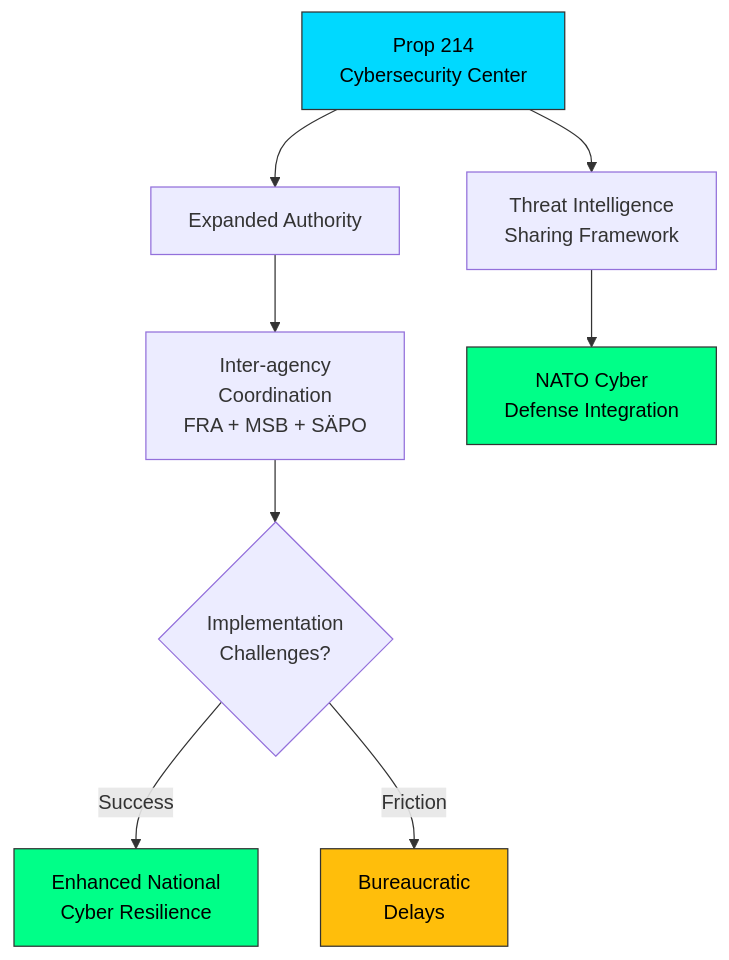
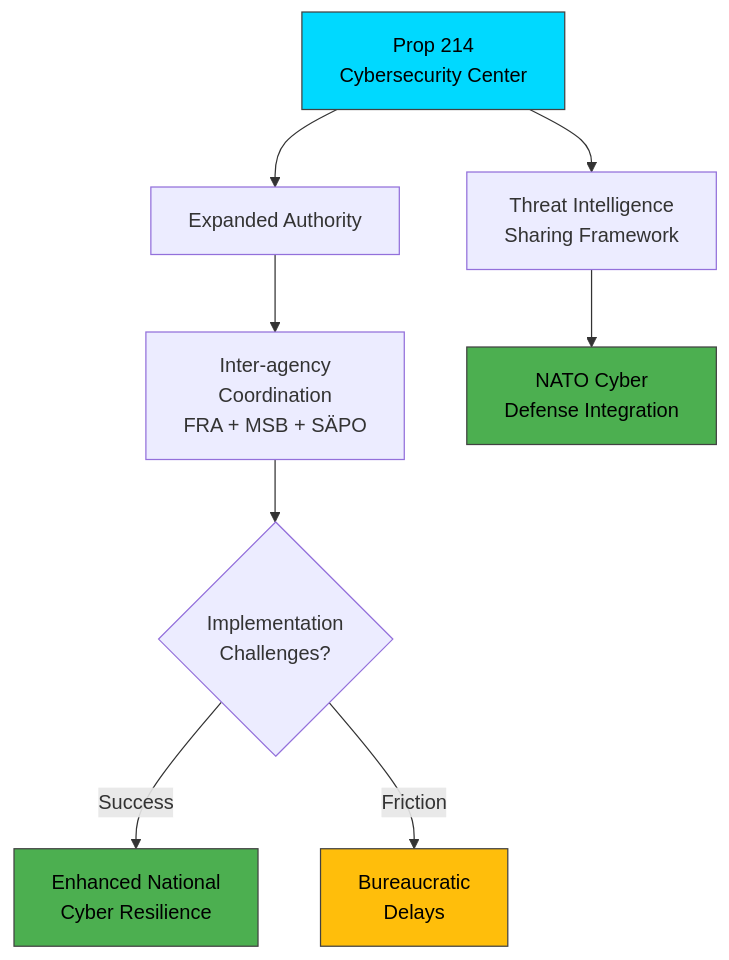
The diagram in analysis/daily/2026-04-03/realtime-2200/documents/HD03214-analysis.md (Hack23/riksdagsmonitor), drawn with Mermaid before and after one commit. The commit also changed 785 other files, not shown here.

First line of the commit message:
Normalize mermaid colors across 786 analysis artifacts to ISMS Style Guide palette

````diff
--- a/analysis/daily/2026-04-03/realtime-2200/documents/HD03214-analysis.md
+++ b/analysis/daily/2026-04-03/realtime-2200/documents/HD03214-analysis.md
@@ -60,15 +60,15 @@
 ```mermaid
 flowchart TD
     A["Prop 214<br/>Cybersecurity Center"] --> B["Expanded Authority"]
     A --> C["Threat Intelligence<br/>Sharing Framework"]
     B --> D["Inter-agency<br/>Coordination<br/>FRA + MSB + SÄPO"]
     C --> E["NATO Cyber<br/>Defense Integration"]
     D --> F{"Implementation<br/>Challenges?"}
     F -->|"Success"| G["Enhanced National<br/>Cyber Resilience"]
     F -->|"Friction"| H["Bureaucratic<br/>Delays"]
     
-    style A fill:#00d9ff,stroke:#333,color:#000
-    style E fill:#00ff88,stroke:#333,color:#000
-    style G fill:#00ff88,stroke:#333,color:#000
-    style H fill:#ffbe0b,stroke:#333,color:#000
+    style A fill:#00d9ff,stroke:#424242,color:#000000
+    style E fill:#4CAF50,stroke:#424242,color:#000000
+    style G fill:#4CAF50,stroke:#424242,color:#000000
+    style H fill:#ffbe0b,stroke:#424242,color:#000000
 ```
````
